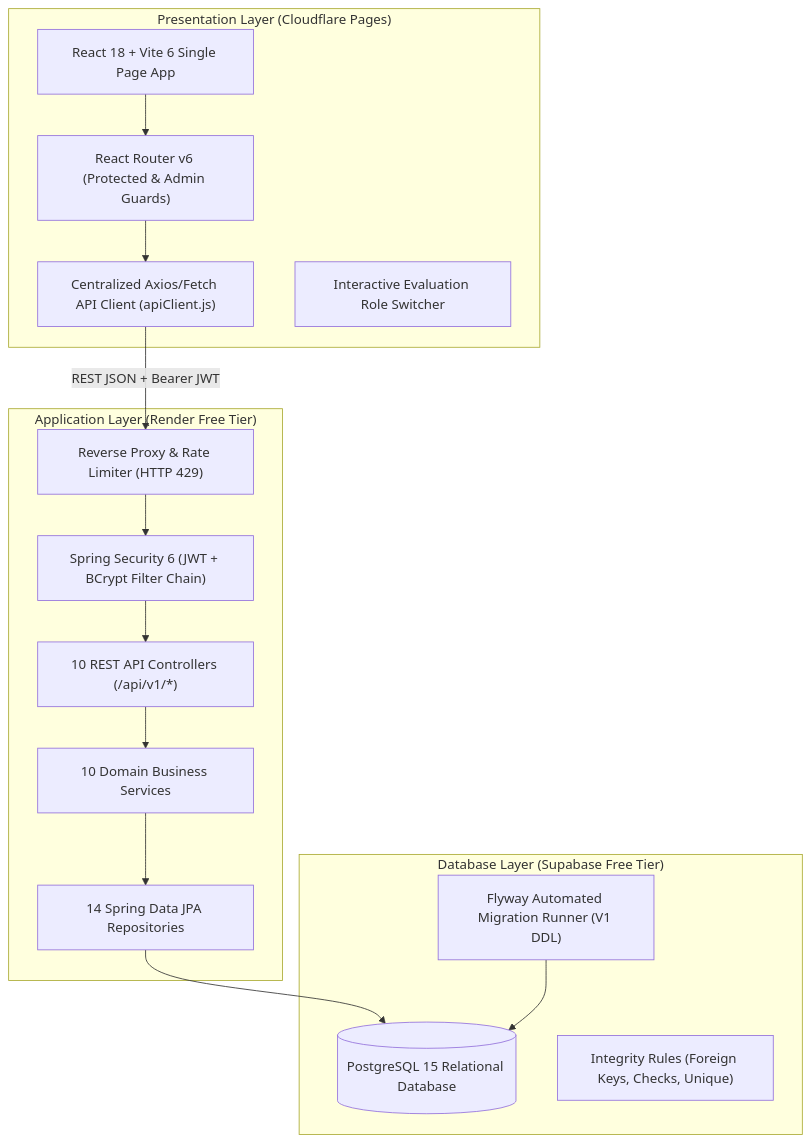
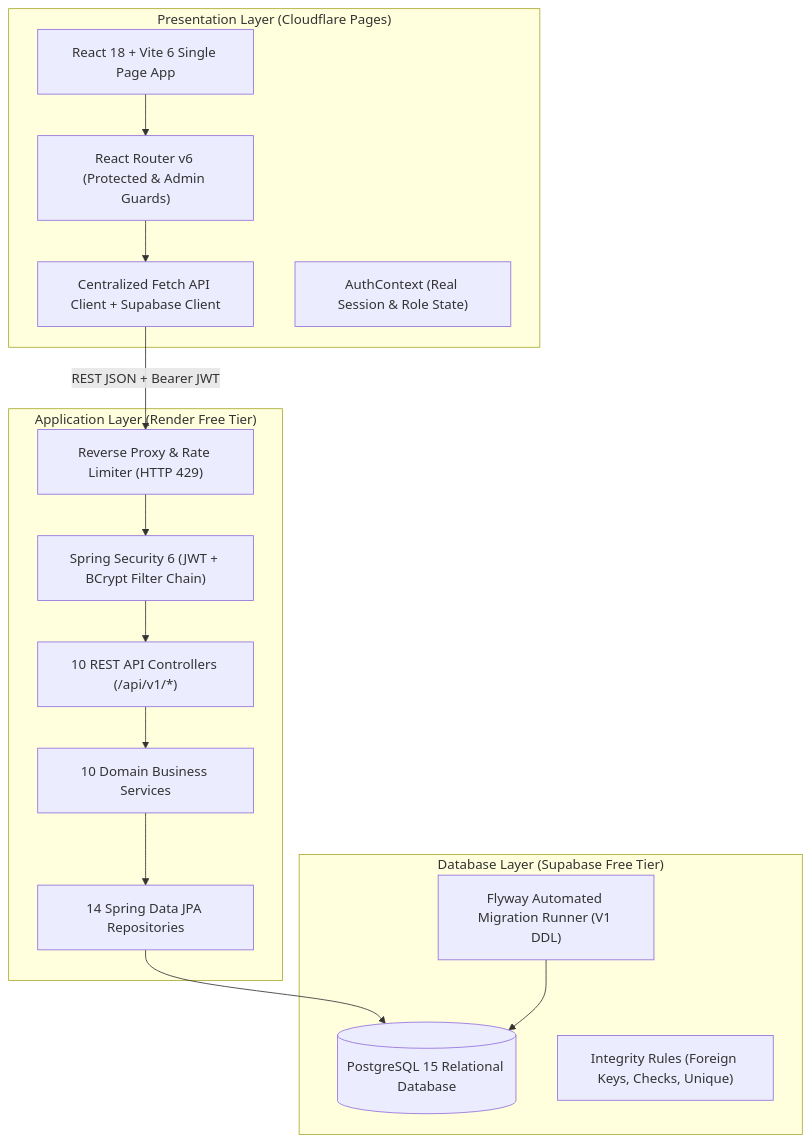
One commit to eissa01h/Skill-Swap-Network changed the diagram in README.md. Above: the diagram before and after it, drawn with Mermaid. The commit also changed other lines of this file and 25 other files, not shown here.

Commit message:
feat(auth): integrate Supabase Auth, remove prototype role switcher, enforce member default and exclusive admin for eissa.ej05@gmailcom

````diff
--- a/README.md
+++ b/README.md
@@ -33,33 +34,33 @@
 ```mermaid
 flowchart TD
     subgraph Presentation_Layer["Presentation Layer (Cloudflare Pages)"]
         UI["React 18 + Vite 6 Single Page App"]
         Router["React Router v6 (Protected & Admin Guards)"]
-        Client["Centralized Axios/Fetch API Client (apiClient.js)"]
-        RoleSwitch["Interactive Evaluation Role Switcher"]
+        Client["Centralized Fetch API Client + Supabase Client"]
+        AuthCtx["AuthContext (Real Session & Role State)"]
     end
 
     subgraph Business_Layer["Application Layer (Render Free Tier)"]
         Gateway["Reverse Proxy & Rate Limiter (HTTP 429)"]
         Security["Spring Security 6 (JWT + BCrypt Filter Chain)"]
         Controllers["10 REST API Controllers (/api/v1/*)"]
         Services["10 Domain Business Services"]
         Repos["14 Spring Data JPA Repositories"]
     end
 
     subgraph Persistence_Layer["Database Layer (Supabase Free Tier)"]
         Flyway["Flyway Automated Migration Runner (V1 DDL)"]
         Postgres[("PostgreSQL 15 Relational Database")]
         Constraints["Integrity Rules (Foreign Keys, Checks, Unique)"]
     end
 
     UI --> Router
     Router --> Client
     Client -->|REST JSON + Bearer JWT| Gateway
     Gateway --> Security
     Security --> Controllers
     Controllers --> Services
     Services --> Repos
     Repos --> Postgres
     Flyway --> Postgres
 ```
````
